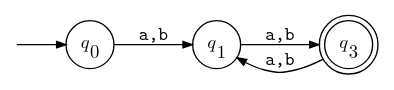
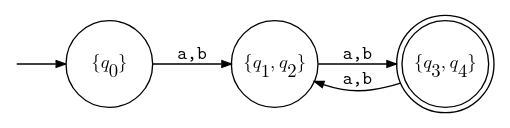
The diagram in Lecture-Notes/Abbildungen/gleichwertig.dot (karlstroetmann/Formal-Languages), drawn with Graphviz before and after one commit. The commit also changed 1 other file, not shown here.

Commit message:
Label the states of the reduced DFA in figure 4.15 as sets
The states of the minimized DFA are equivalence classes of states of
the DFA in figure 4.14, so they are now labelled {q0}, {q1, q2}, and
{q3, q4} instead of q0, q1, and q3.

```diff
--- a/Lecture-Notes/Abbildungen/gleichwertig.dot
+++ b/Lecture-Notes/Abbildungen/gleichwertig.dot
@@ -1,18 +1,19 @@
 digraph G {
     // The states are labelled in Latin Modern Math, like $q_0$ in the lecture
     // notes, the transitions in Latin Modern Mono, like \texttt{a}.
+    // The states of the minimized DFA are equivalence classes of states.
     rankdir=LR;
-    node [shape=circle, fixedsize=true, width=0.5,
+    node [shape=circle, fixedsize=true, width=0.9,
           fontname="Latin Modern Math", fontsize=14];
     edge [fontname="Latin Modern Mono", fontsize=14, arrowsize=0.7];
     start [shape=none, label="", width=0, height=0];
 
     start -> 0;
-    0 [label=<𝑞<SUB>0</SUB>>];
-    1 [label=<𝑞<SUB>1</SUB>>];
-    3 [label=<𝑞<SUB>3</SUB>>, shape=doublecircle];
+    0  [label=<{𝑞<SUB>0</SUB>}>];
+    12 [label=<{𝑞<SUB>1</SUB>, 𝑞<SUB>2</SUB>}>];
+    34 [label=<{𝑞<SUB>3</SUB>, 𝑞<SUB>4</SUB>}>, shape=doublecircle];
 
-    0 -> 1 [label="a,b"];
-    1 -> 3 [label="a,b"];
-    3 -> 1 [label="a,b"];
+    0  -> 12 [label="a,b"];
+    12 -> 34 [label="a,b"];
+    34 -> 12 [label="a,b"];
 }
```
